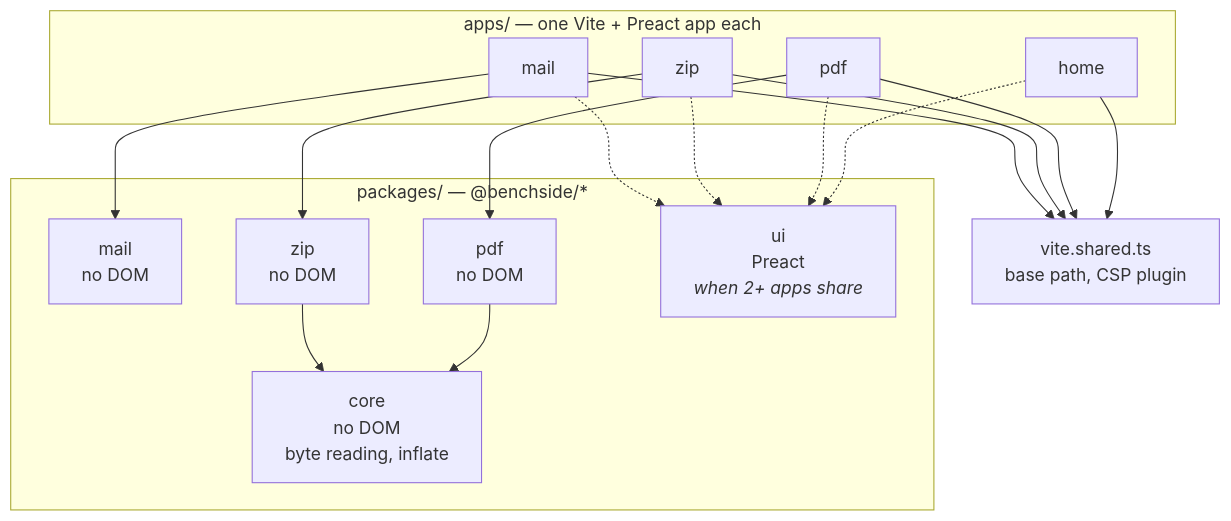
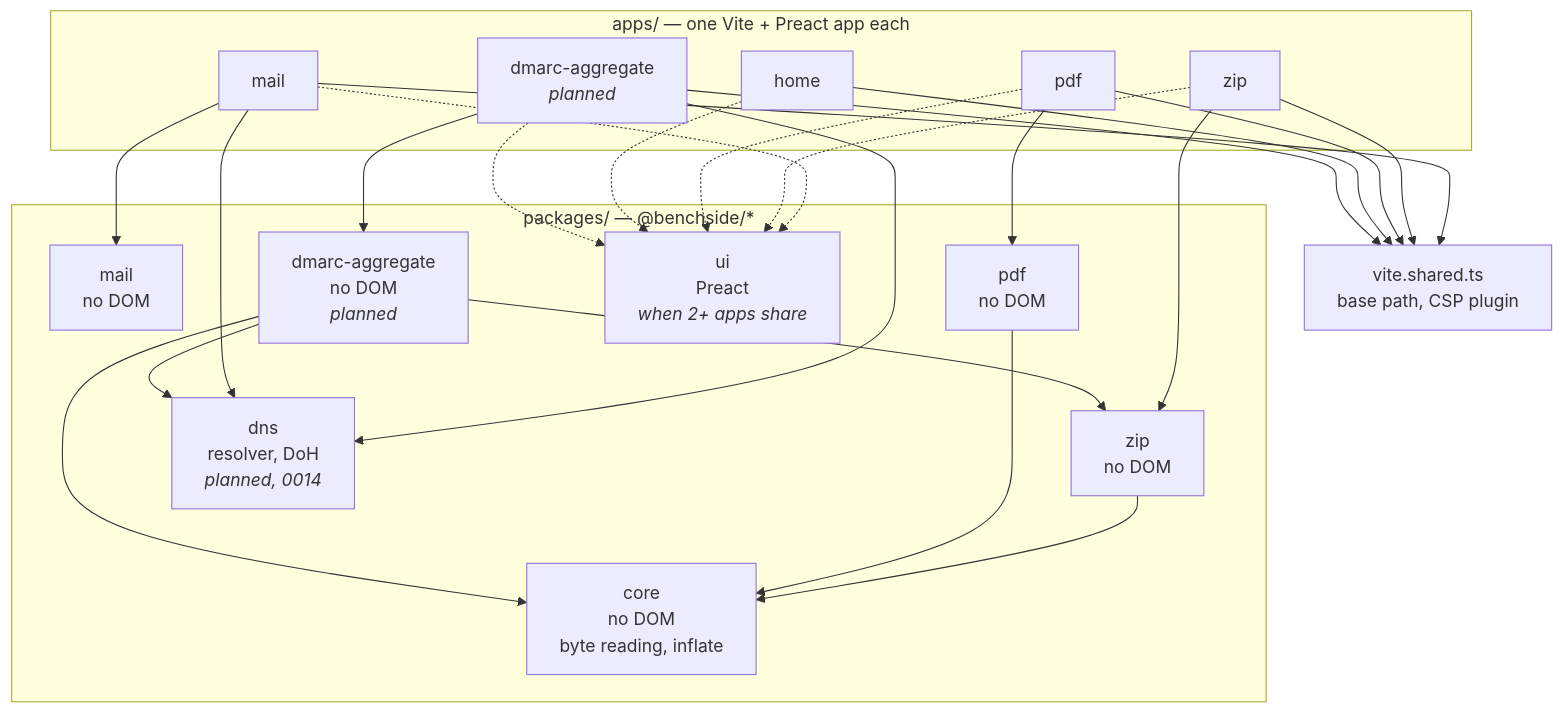
Before and after one commit to photom/benchside: the first of 6 diagrams in docs/explanation/architecture.md, drawn with Mermaid. The commit also changed other lines of this file and 32 other files, not shown here.

First line of the commit message:
Specify and design the DMARC aggregate report analyzer (#14)

````diff
--- a/docs/explanation/architecture.md
+++ b/docs/explanation/architecture.md
@@ -13,26 +14,32 @@
 ```mermaid
 flowchart TD
   subgraph apps [apps/ — one Vite + Preact app each]
     home[home]
     mail[mail]
     zip[zip]
     pdf[pdf]
+    dmarc["dmarc-aggregate<br/><i>planned</i>"]
   end
 
   subgraph packages [packages/ — @benchside/*]
     pmail[mail<br/>no DOM]
     pzip[zip<br/>no DOM]
     ppdf[pdf<br/>no DOM]
     core[core<br/>no DOM<br/>byte reading, inflate]
+    pdmarc["dmarc-aggregate<br/>no DOM<br/><i>planned</i>"]
+    pdns["dns<br/>resolver, DoH<br/><i>planned, 0014</i>"]
     ui[ui<br/>Preact<br/><i>when 2+ apps share</i>]
   end
 
   shared[vite.shared.ts<br/>base path, CSP plugin]
 
   mail --> pmail
   zip --> pzip
   pdf --> ppdf
   pzip & ppdf --> core
-  mail & zip & pdf & home -.-> ui
-  mail & zip & pdf & home --> shared
+  dmarc --> pdmarc & pdns
+  mail --> pdns
+  pdmarc --> pzip & core & pdns
+  mail & zip & pdf & home & dmarc -.-> ui
+  mail & zip & pdf & home & dmarc --> shared
 ```
````
